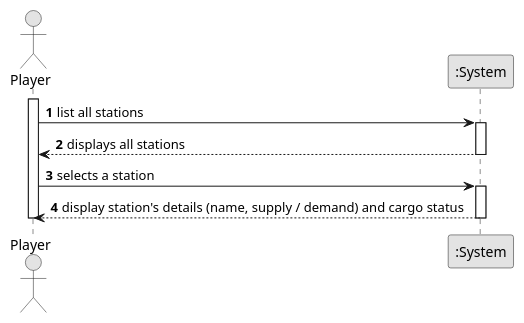
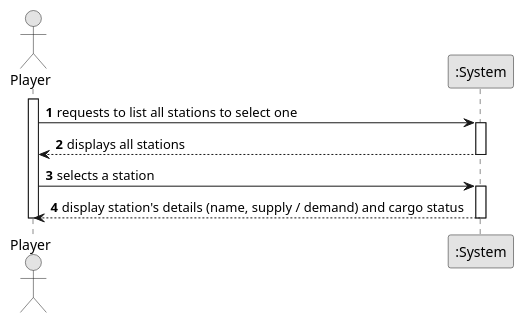
One commit to Educ00/mdisc-2425 changed the diagram in docs/system-documentation/sprint 1/US07/01.requirements-engineering/puml/US007-SSD.puml. Above: the diagram before and after it, drawn with PlantUML. The commit also changed 2 other files, not shown here.

```diff
--- a/docs/system-documentation/sprint 1/US07/01.requirements-engineering/puml/US007-SSD.puml
+++ b/docs/system-documentation/sprint 1/US07/01.requirements-engineering/puml/US007-SSD.puml
@@ -1,27 +1,27 @@
 @startuml
 skinparam monochrome true
 skinparam packageStyle rectangle
 skinparam shadowing false
 
 autonumber
 
 actor "Player" as Player
 participant ":System" as System
 
 activate Player
 
-    Player -> System : list all stations
+    Player -> System : requests to list all stations to select one
     activate System
 
         System --> Player : displays all stations
     deactivate System
 
     Player -> System : selects a station
     activate System
 
         System --> Player : display station's details (name, supply / demand) and cargo status
     deactivate System
 
 deactivate Player
 
 @enduml
```
